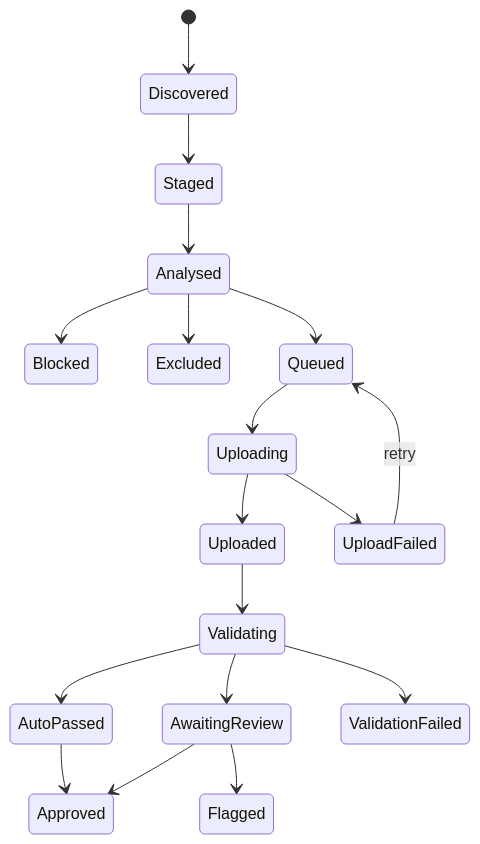
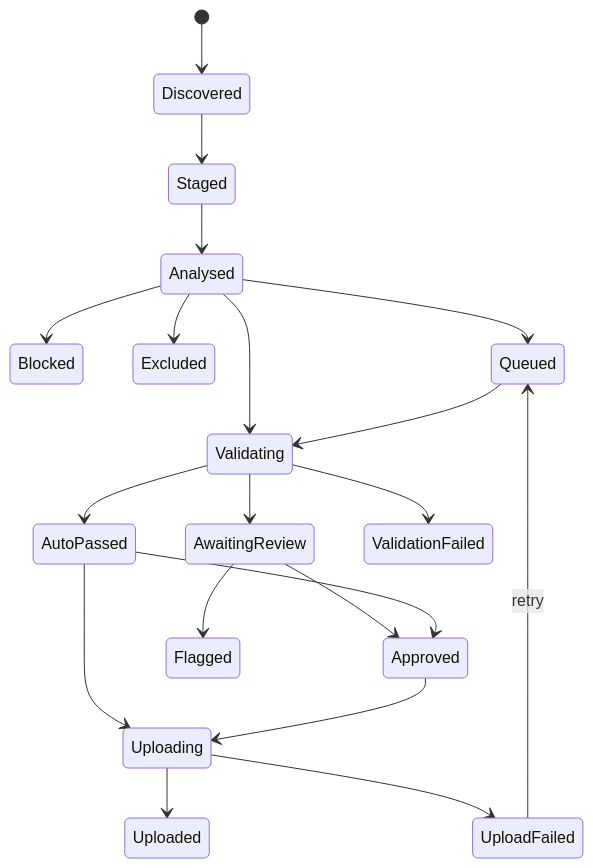
One commit to Manoranjan2206/Bold-Migrate changed the fourth of 4 diagrams in docs/application-spec.md. Above: the diagram before and after it, drawn with Mermaid. The commit also changed other lines of this file and 20 other files, not shown here.

````diff
--- a/docs/application-spec.md
+++ b/docs/application-spec.md
@@ -144,20 +144,22 @@
 ```mermaid
 stateDiagram-v2
     [*] --> Discovered
     Discovered --> Staged
     Staged --> Analysed
     Analysed --> Blocked
     Analysed --> Excluded
     Analysed --> Queued
-    Queued --> Uploading
-    Uploading --> Uploaded
-    Uploading --> UploadFailed
-    UploadFailed --> Queued: retry
-    Uploaded --> Validating
+    Analysed --> Validating
+    Queued --> Validating
     Validating --> AutoPassed
     Validating --> AwaitingReview
     Validating --> ValidationFailed
     AwaitingReview --> Approved
     AwaitingReview --> Flagged
     AutoPassed --> Approved
+    AutoPassed --> Uploading
+    Approved --> Uploading
+    Uploading --> Uploaded
+    Uploading --> UploadFailed
+    UploadFailed --> Queued: retry
 ```
````
